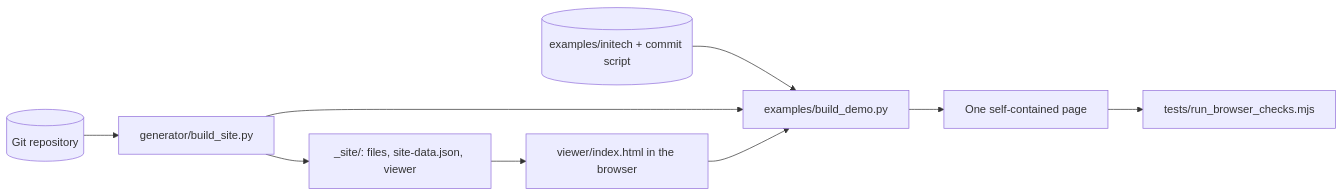
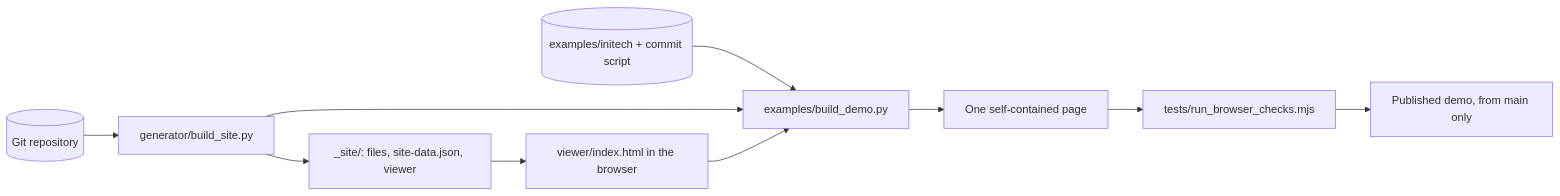
The diagram in docs/architecture.md (prisant-labs/repo-pages), drawn with Mermaid before and after one commit. The commit also changed other lines of this file and 6 other files, not shown here.

First line of the commit message:
Publish the demo from every change on main

````diff
--- a/docs/architecture.md
+++ b/docs/architecture.md
@@ -10,11 +10,12 @@
 ```mermaid
 flowchart LR
     Repo[("Git repository")] --> Gen["generator/build_site.py"]
     Gen --> Site["_site/: files, site-data.json, viewer"]
     Site --> Viewer["viewer/index.html in the browser"]
     Sample[("examples/initech + commit script")] --> Demo["examples/build_demo.py"]
     Gen --> Demo
     Viewer --> Demo
     Demo --> Page["One self-contained page"]
     Page --> Checks["tests/run_browser_checks.mjs"]
+    Checks --> Live["Published demo, from main only"]
 ```
````
